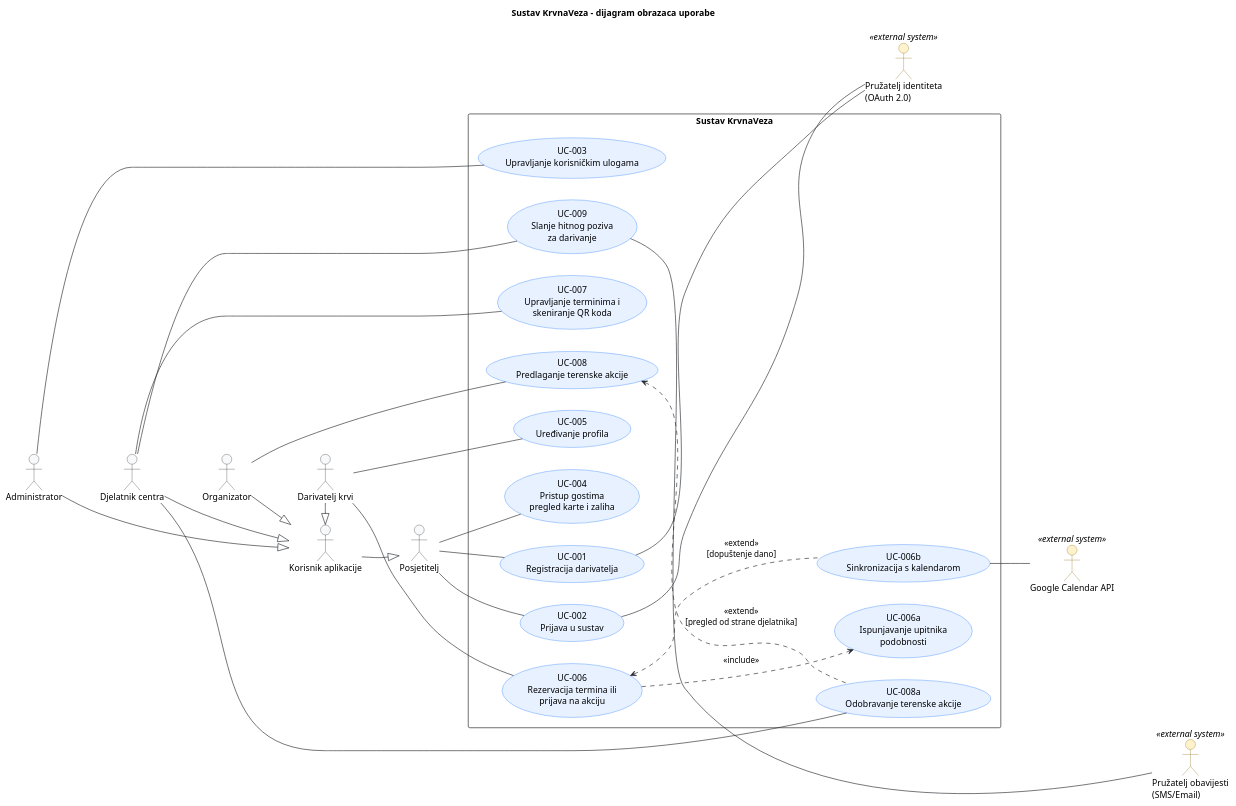
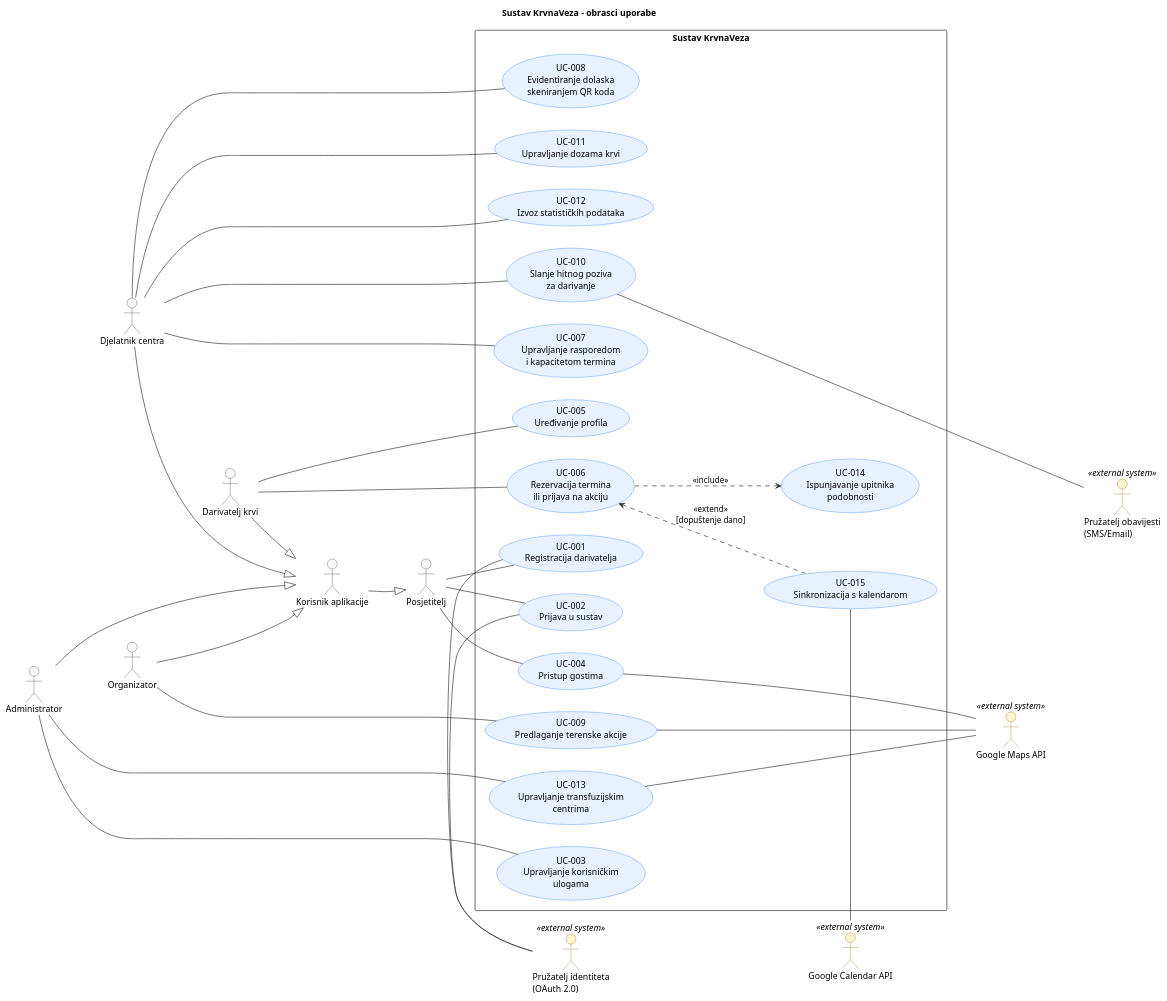
One commit to Domagoj-Boksic/KrvnaVeza-Ekipa changed the diagram in docs/puml/3-1-krvnaveza-sustav-UC.puml. Above: the diagram before and after it, drawn with PlantUML. The commit also changed 2 other files, not shown here.

Commit message:
plantuml dijagram i dodana dva obrasca uporabe

```diff
--- a/docs/puml/3-1-krvnaveza-sustav-UC.puml
+++ b/docs/puml/3-1-krvnaveza-sustav-UC.puml
@@ -2,131 +1,113 @@
 @startuml
-title Sustav KrvnaVeza – dijagram obrazaca uporabe
+title Sustav KrvnaVeza – obrasci uporabe
 left to right direction
 
 skinparam shadowing false
 skinparam defaultFontName Arial
 skinparam ArrowColor #212529
 
 skinparam actor {
     BackgroundColor #F8F9FA
     BorderColor #212529
     BackgroundColor<<external system>> #FFF3CD
     BorderColor<<external system>> #856404
 }
 
 skinparam usecase {
     BackgroundColor #E7F1FF
     BorderColor #0D6EFD
 }
 
-' ==============================================================================
-' Primarni akteri
-' ==============================================================================
 
-actor "Korisnik aplikacije" as AppUser
-actor "Posjetitelj" as Visitor
-actor "Darivatelj krvi" as Donor
-actor "Djelatnik centra" as Staff
-actor "Organizator" as Organizer
-actor "Administrator" as Admin
+actor User as "Korisnik aplikacije"
+actor Visitor as "Posjetitelj"
+actor Donor as "Darivatelj krvi"
+actor Staff as "Djelatnik centra"
+actor Organizer as "Organizator"
+actor Admin as "Administrator"
 
-Donor -|> AppUser
-Staff -|> AppUser
-Organizer -|> AppUser
-Admin -|> AppUser
-AppUser -|> Visitor
 
-' Nevidljive veze samo za ljepši vertikalni raspored aktera na dijagramu
+Donor -|> User
+Staff -|> User
+Organizer -|> User
+Admin -|> User
+User -|> Visitor
+
+
+Staff -[hidden]down-> Donor
+Organizer -[hidden]down-> Donor
 Admin -[hidden]down-> Staff
-Staff -[hidden]down-> Organizer
-Organizer -[hidden]down-> Donor
-Donor -[hidden]down-> Visitor
-Visitor -[hidden]down-> AppUser
+Donor -[hidden]down-> User
+User -[hidden]down-> Visitor
 
-' ==============================================================================
-' Sekundarni akteri (vanjski sustavi)
-' ==============================================================================
 
 actor "Pružatelj identiteta\n(OAuth 2.0)" as IdP <<external system>>
 actor "Google Calendar API" as Calendar <<external system>>
+actor "Google Maps API" as Maps <<external system>>
 actor "Pružatelj obavijesti\n(SMS/Email)" as Notifications <<external system>>
-
-' ==============================================================================
-' Granica sustava
-' ==============================================================================
 
 rectangle "Sustav KrvnaVeza" as KrvnaVeza {
 
-    ' Autentikacija i profil
     (UC-001\nRegistracija darivatelja) as UC_Register
     (UC-002\nPrijava u sustav) as UC_SignIn
-    (UC-003\nUpravljanje korisničkim ulogama) as UC_ManageRoles
-    (UC-005\nUređivanje profila) as UC_EditProfile
+    (UC-004\nPristup gostima) as UC_Guest
 
-    ' Pregled i karte (dostupno svima)
-    (UC-004\nPristup gostima\npregled karte i zaliha) as UC_GuestAccess
+    (UC-005\nUređivanje profila) as UC_Profile
+    (UC-006\nRezervacija termina\nili prijava na akciju) as UC_Reserve
+    (UC-014\nIspunjavanje upitnika\npodobnosti) as UC_Eligibility
+    (UC-015\nSinkronizacija s kalendarom) as UC_Calendar
 
-    ' Operacije darivanja i rezervacija
-    (UC-006\nRezervacija termina ili\nprijava na akciju) as UC_BookSlot
-    (UC-006a\nIspunjavanje upitnika\npodobnosti) as UC_Questionnaire
-    (UC-006b\nSinkronizacija s kalendarom) as UC_SyncCalendar
-    (UC-007\nUpravljanje terminima i\nskeniranje QR koda) as UC_ScanQR
+    (UC-007\nUpravljanje rasporedom\ni kapacitetom termina) as UC_Schedule
+    (UC-008\nEvidentiranje dolaska\nskeniranjem QR koda) as UC_CheckIn
+    (UC-010\nSlanje hitnog poziva\nza darivanje) as UC_Emergency
+    (UC-011\nUpravljanje dozama krvi) as UC_Stock
+    (UC-012\nIzvoz statističkih podataka) as UC_Stats
 
-    ' Akcije i zalihe
-    (UC-008\nPredlaganje terenske akcije) as UC_ProposeAction
-    (UC-008a\nOdobravanje terenske akcije) as UC_ApproveAction
-    (UC-009\nSlanje hitnog poziva\nza darivanje) as UC_EmergencyAlert
+    (UC-009\nPredlaganje terenske akcije) as UC_Propose
+
+
+    (UC-003\nUpravljanje korisničkim\nulogama) as UC_Roles
+    (UC-013\nUpravljanje transfuzijskim\ncentrima) as UC_Centers
 }
 
-' ==============================================================================
-' Asocijacije aktera i slučajeva uporabe
-' ==============================================================================
 
-' Posjetitelj ima pristup pregledu i registraciji/prijavi
-Visitor -- UC_GuestAccess
 Visitor -- UC_Register
 Visitor -- UC_SignIn
+Visitor -- UC_Guest
 
-' Prijavljeni darivatelj
-Donor -- UC_EditProfile
-Donor -- UC_BookSlot
+Donor -- UC_Profile
+Donor -- UC_Reserve
 
-' Djelatnik transfuzijskog centra
-Staff -- UC_ScanQR
-Staff -- UC_ApproveAction
-Staff -- UC_EmergencyAlert
+Staff -- UC_Schedule
+Staff -- UC_CheckIn
+Staff -- UC_Emergency
+Staff -- UC_Stock
+Staff -- UC_Stats
 
-' Organizator terenskih akcija
-Organizer -- UC_ProposeAction
+Organizer -- UC_Propose
 
-' Administrator sustava
-Admin -- UC_ManageRoles
 
-' ==============================================================================
-' Veze između slučajeva uporabe (include / extend)
-' ==============================================================================
+Admin -- UC_Roles
+Admin -- UC_Centers
 
-' Obvezni korak: pri rezervaciji se uvijek popunjava upitnik podobnosti
-UC_BookSlot ..> UC_Questionnaire : <<include>>
+UC_Reserve ..> UC_Eligibility : <<include>>
 
-' Neobavezno proširenje: dodavanje u kalendar ako darivatelj da privolu
-UC_BookSlot <.. UC_SyncCalendar : <<extend>>\n[dopuštenje dano]
 
-' Proširenje za odobravanje akcije unutar predlaganja
-UC_ProposeAction <.. UC_ApproveAction : <<extend>>\n[pregled od strane djelatnika]
+UC_Reserve <.. UC_Calendar : <<extend>>\n[dopuštenje dano]
 
-' ==============================================================================
-' Interakcije sa sekundarnim akterima
-' ==============================================================================
 
-UC_Register -- IdP
-UC_SignIn -- IdP
+UC_Register -right- IdP
+UC_SignIn -right- IdP
 
-UC_SyncCalendar -right- Calendar
-UC_EmergencyAlert -right- Notifications
+UC_Calendar -right- Calendar
 
-' Raspored vanjskih sustava na desnoj strani
+UC_Guest -right- Maps
+UC_Propose -right- Maps
+UC_Centers -right- Maps
+
+UC_Emergency -right- Notifications
+
 IdP -[hidden]down-> Calendar
-Calendar -[hidden]down-> Notifications
-
+Calendar -[hidden]down-> Maps
+Maps -[hidden]down-> Notifications
 @enduml
```
